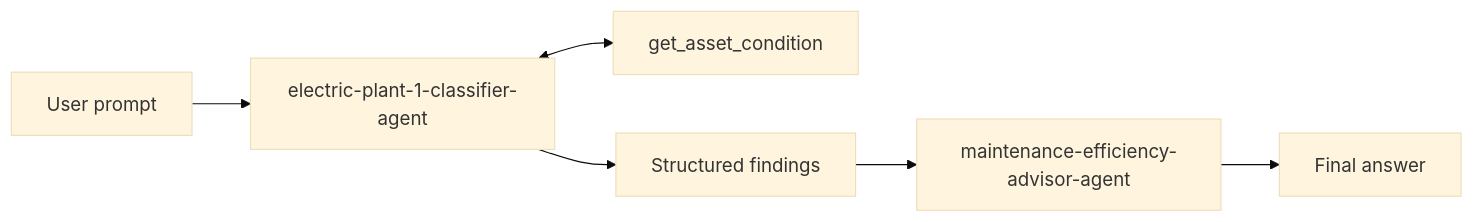
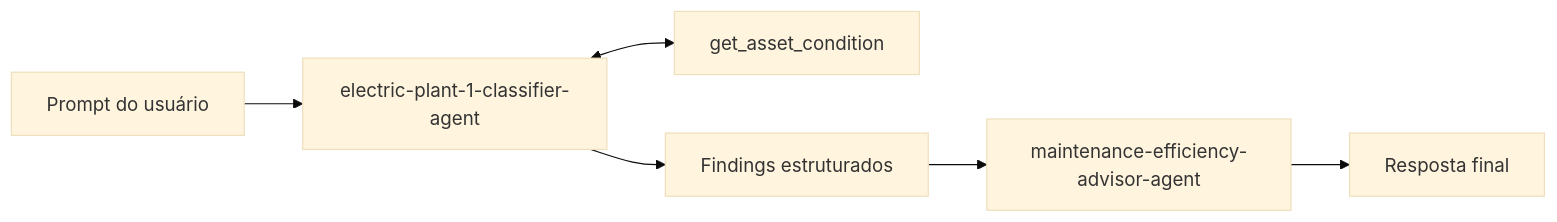
Before and after one commit to microsoft-hacks/Frontier-Hack: the diagram in labs/electric-plant-portal/challenge-4-workflow/README.md, drawn with Mermaid (base theme). The commit also changed other lines of this file and 36 other files, not shown here.

Commit message:
update electric-plant lab

````diff
--- a/labs/electric-plant-portal/challenge-4-workflow/README.md
+++ b/labs/electric-plant-portal/challenge-4-workflow/README.md
@@ -11,8 +11,8 @@
 ```mermaid
 flowchart LR
-    U[User prompt] --> C[electric-plant-1-classifier-agent]
+    U[Prompt do usuário] --> C[electric-plant-1-classifier-agent]
     C <--> T[get_asset_condition]
-    C --> F[Structured findings]
+    C --> F[Findings estruturados]
     F --> A[maintenance-efficiency-advisor-agent]
-    A --> R[Final answer]
+    A --> R[Resposta final]
 ```
````
